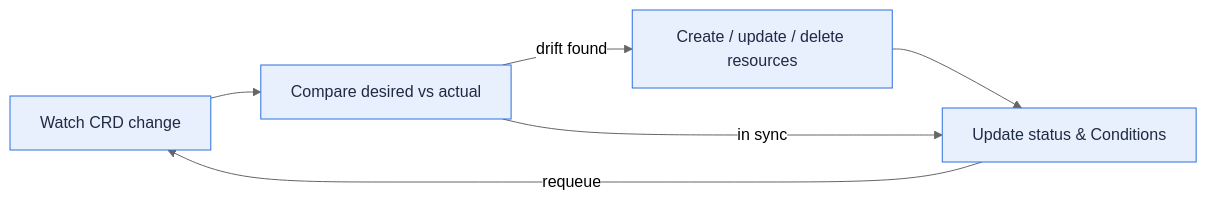
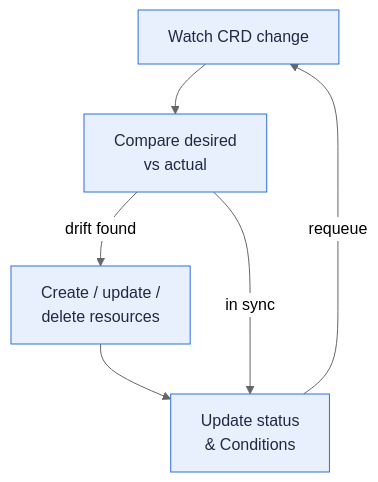
The diagram in content/en/docs/architecture/reconcilers.md (fission/fission.io), drawn with Mermaid (neutral theme) before and after one commit. The commit also changed 23 other files, not shown here.

First line of the commit message:
Make diagrams readable inline: compact TB layouts, bold crimson step numbers

````diff
--- a/content/en/docs/architecture/reconcilers.md
+++ b/content/en/docs/architecture/reconcilers.md
@@ -20,15 +20,15 @@
 ```mermaid
-flowchart LR
+flowchart TB
   watch["Watch CRD change"]
-  compare["Compare desired vs actual"]
-  act["Create / update / delete resources"]
-  status["Update status & Conditions"]
+  compare["Compare desired<br/>vs actual"]
+  act["Create / update /<br/>delete resources"]
+  status["Update status<br/>& Conditions"]
   watch --> compare
   compare -->|"drift found"| act
   act --> status
   compare -->|"in sync"| status
   status -->|"requeue"| watch
 
   class watch,compare,act,status fission
   classDef fission fill:#e8f0fe,stroke:#2d70de,color:#1f2a43
 ```
````
